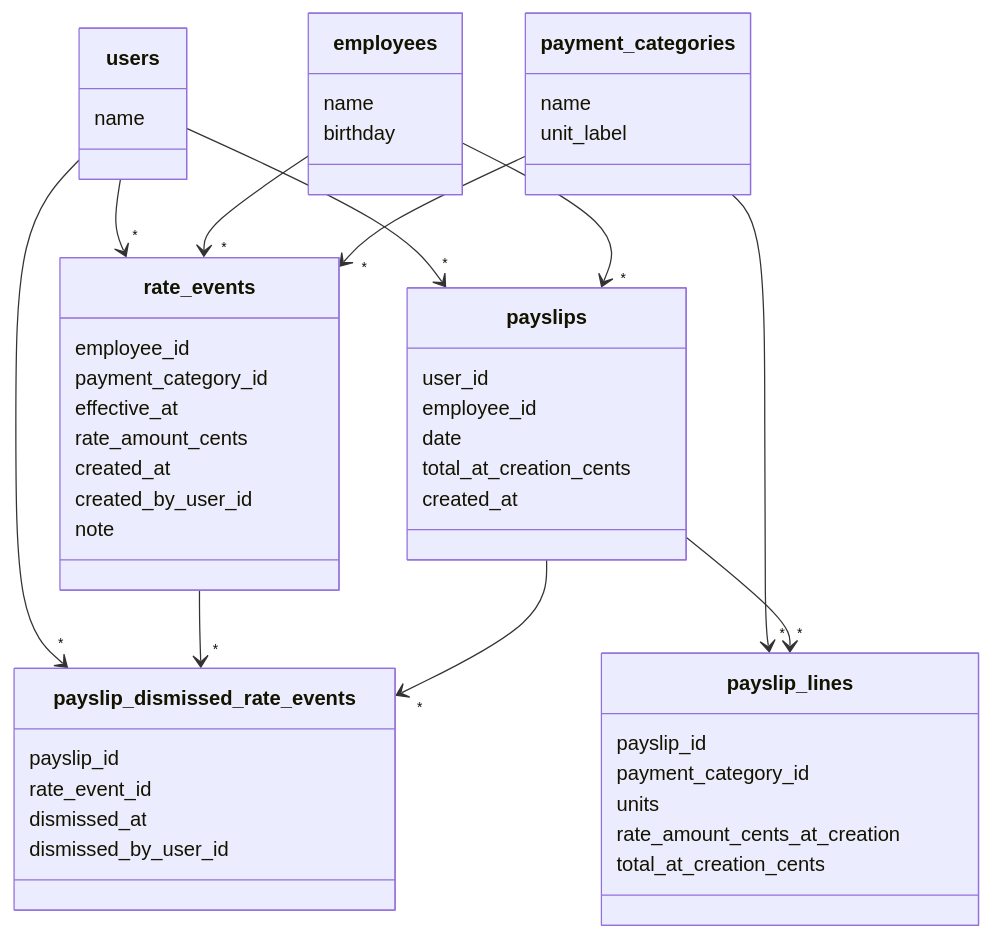
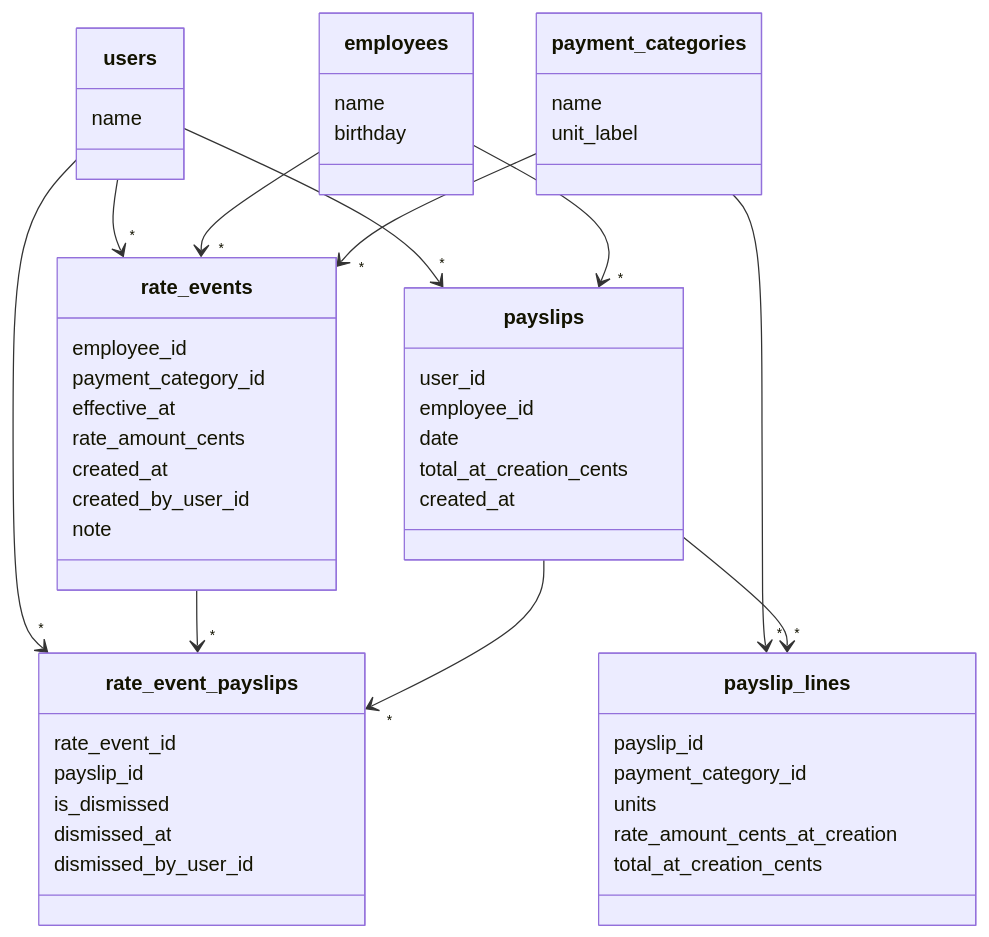
The diagram in INFO.md (AlexYegupov/payslippers), drawn with Mermaid before and after one commit. The commit also changed other lines of this file and 15 other files, not shown here.

````diff
--- a/INFO.md
+++ b/INFO.md
@@ -5,64 +5,65 @@
 ```mermaid
 classDiagram
     class users {
         name
     }
     
     class employees {
         name
         birthday
     }
     
     class payment_categories {
         name
         unit_label
     }
     
     class rate_events {
         employee_id
         payment_category_id
         effective_at
         rate_amount_cents
         created_at
         created_by_user_id
         note
     }
     
     class payslips {
         user_id
         employee_id
         date
         total_at_creation_cents
         created_at
     }
     
     class payslip_lines {
         payslip_id
         payment_category_id
         units
         rate_amount_cents_at_creation
         total_at_creation_cents
     }
     
-    class payslip_dismissed_rate_events {
+    class rate_event_payslips {
+        rate_event_id
         payslip_id
-        rate_event_id
+        is_dismissed
         dismissed_at
         dismissed_by_user_id
     }
     
     users --> "*" rate_events
     users --> "*" payslips
-    users --> "*" payslip_dismissed_rate_events
+    users --> "*" rate_event_payslips
     
     employees --> "*" rate_events
     employees --> "*" payslips
     
     payment_categories --> "*" rate_events
     payment_categories --> "*" payslip_lines
     
-    rate_events --> "*" payslip_dismissed_rate_events
+    rate_events --> "*" rate_event_payslips
     
     payslips --> "*" payslip_lines
-    payslips --> "*" payslip_dismissed_rate_events
+    payslips --> "*" rate_event_payslips
 ```
````
